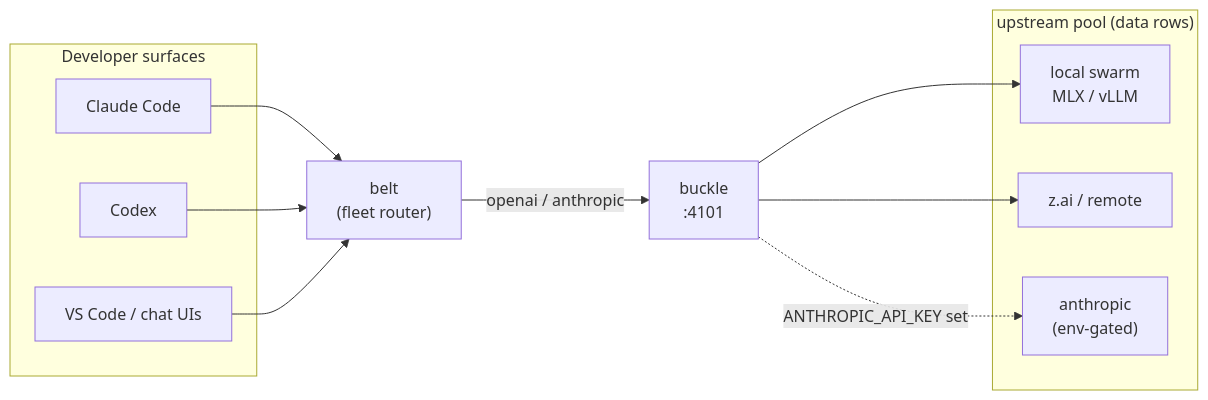
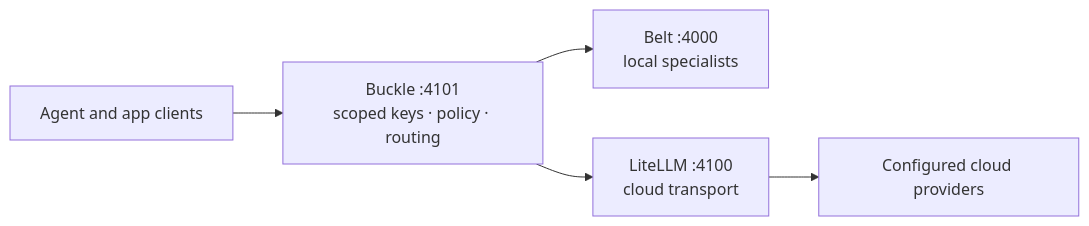
The diagram in packages/buckle/README.md (klh/fleet), drawn with Mermaid before and after one commit. The commit also changed other lines of this file and 14 other files, not shown here.

````diff
--- a/packages/buckle/README.md
+++ b/packages/buckle/README.md
@@ -13,22 +13,7 @@
 ```mermaid
 flowchart LR
-    subgraph clients[Developer surfaces]
-        CC[Claude Code]
-        CX[Codex]
-        VS[VS Code / chat UIs]
-    end
-    BT["belt<br/>(fleet router)"]
-    BK["buckle<br/>:4101"]
-    subgraph upstreams["upstream pool (data rows)"]
-        SW["local swarm<br/>MLX / vLLM"]
-        ZAI["z.ai / remote"]
-        ANTH["anthropic<br/>(env-gated)"]
-    end
-    CC --> BT
-    CX --> BT
-    VS --> BT
-    BT -- "openai / anthropic" --> BK
-    BK --> SW
-    BK --> ZAI
-    BK -.->|ANTHROPIC_API_KEY set| ANTH
+    CLIENTS["Agent and app clients"] --> BK["Buckle :4101<br/>scoped keys · policy · routing"]
+    BK --> BELT["Belt :4000<br/>local specialists"]
+    BK --> LITELLM["LiteLLM :4100<br/>cloud transport"]
+    LITELLM --> PROVIDERS["Configured cloud providers"]
 ```
````
